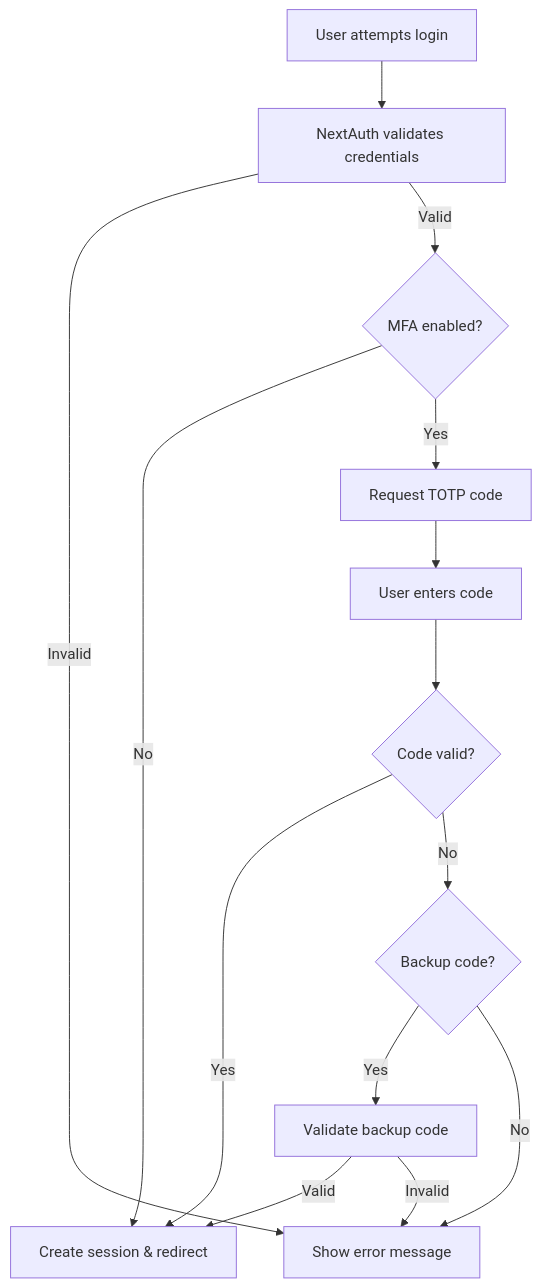
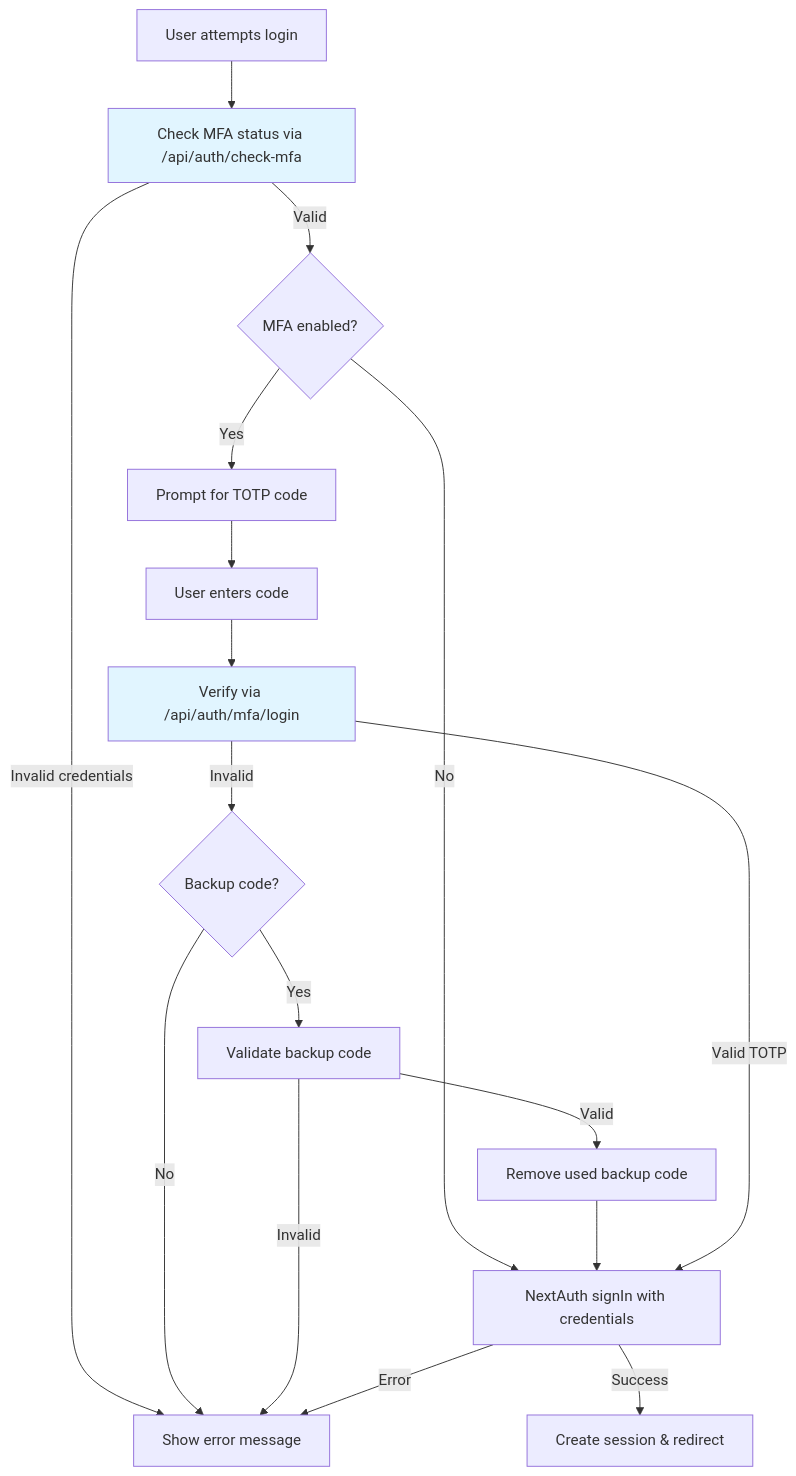
Before and after one commit to gluppler/Kibble: the sixth of 6 diagrams in README.md, drawn with Mermaid. The commit also changed other lines of this file and 34 other files, not shown here.

````diff
--- a/README.md
+++ b/README.md
@@ -586,16 +629,21 @@
 ```mermaid
 flowchart TD
-    A[User attempts login] --> B[NextAuth validates credentials]
-    B -->|Invalid| C[Show error message]
+    A[User attempts login] --> B[Check MFA status via /api/auth/check-mfa]
+    B -->|Invalid credentials| C[Show error message]
     B -->|Valid| D{MFA enabled?}
-    D -->|No| E[Create session & redirect]
-    D -->|Yes| F[Request TOTP code]
+    D -->|No| E[NextAuth signIn with credentials]
+    D -->|Yes| F[Prompt for TOTP code]
     F --> G[User enters code]
-    G --> H{Code valid?}
-    H -->|Yes| E
-    H -->|No| I{Backup code?}
+    G --> H[Verify via /api/auth/mfa/login]
+    H -->|Invalid| I{Backup code?}
     I -->|Yes| J[Validate backup code]
     I -->|No| C
-    J -->|Valid| E
+    J -->|Valid| K[Remove used backup code]
     J -->|Invalid| C
+    K --> E
+    H -->|Valid TOTP| E
+    E -->|Success| L[Create session & redirect]
+    E -->|Error| C
+    style B fill:#e1f5ff
+    style H fill:#e1f5ff
 ```
````
